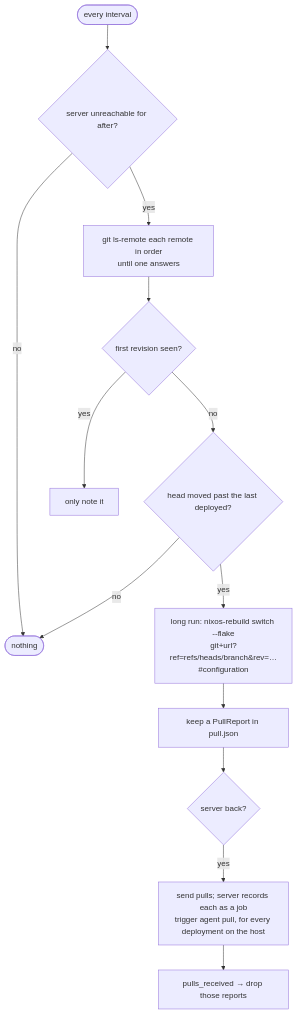
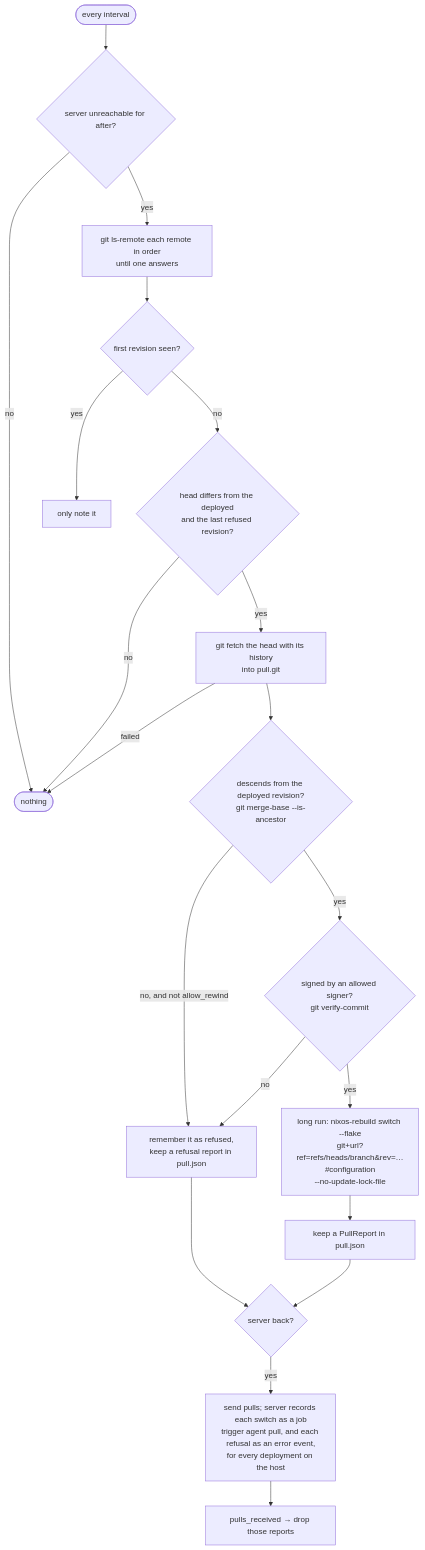
Diagram 18 of 20 in docs/developer/flows.md (x-tech-laboratories/X-Nix), drawn with Mermaid before and after one commit. The commit also changed 8 other files, not shown here.

First line of the commit message:
fix(pull): switch only to a revision that descends from the one deployed

````diff
--- a/docs/developer/flows.md
+++ b/docs/developer/flows.md
@@ -458,15 +458,22 @@
 ```mermaid
 flowchart TD
     tick([every interval]) --> away{server unreachable for after?}
     away -- no --> idle([nothing])
     away -- yes --> ask[git ls-remote each remote in order<br/>until one answers]
     ask --> first{first revision seen?}
     first -- yes --> note[only note it]
-    first -- no --> moved{head moved past the last deployed?}
+    first -- no --> moved{head differs from the deployed<br/>and the last refused revision?}
     moved -- no --> idle
-    moved -- yes --> sw[long run: nixos-rebuild switch --flake<br/>git+url?ref=refs/heads/branch&rev=…#configuration]
+    moved -- yes --> fetch[git fetch the head with its history<br/>into pull.git]
+    fetch -- failed --> idle
+    fetch --> ancestor{descends from the deployed revision?<br/>git merge-base --is-ancestor}
+    ancestor -- "no, and not allow_rewind" --> refuse[remember it as refused,<br/>keep a refusal report in pull.json]
+    ancestor -- yes --> signed{signed by an allowed signer?<br/>git verify-commit}
+    signed -- no --> refuse
+    signed -- yes --> sw[long run: nixos-rebuild switch --flake<br/>git+url?ref=refs/heads/branch&rev=…#configuration<br/>--no-update-lock-file]
     sw --> keep[keep a PullReport in pull.json]
+    refuse --> back
     keep --> back{server back?}
-    back -- yes --> send[send pulls; server records each as a job<br/>trigger agent pull, for every deployment on the host]
+    back -- yes --> send[send pulls; server records each switch as a job<br/>trigger agent pull, and each refusal as an error event,<br/>for every deployment on the host]
     send --> ack[pulls_received → drop those reports]
 ```
````
